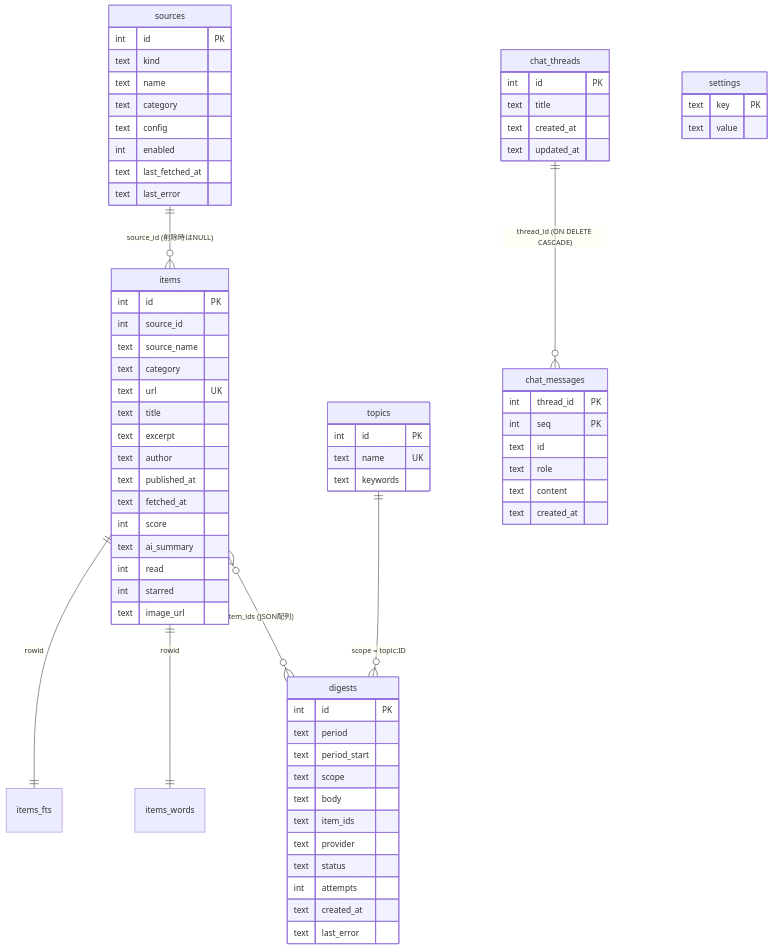
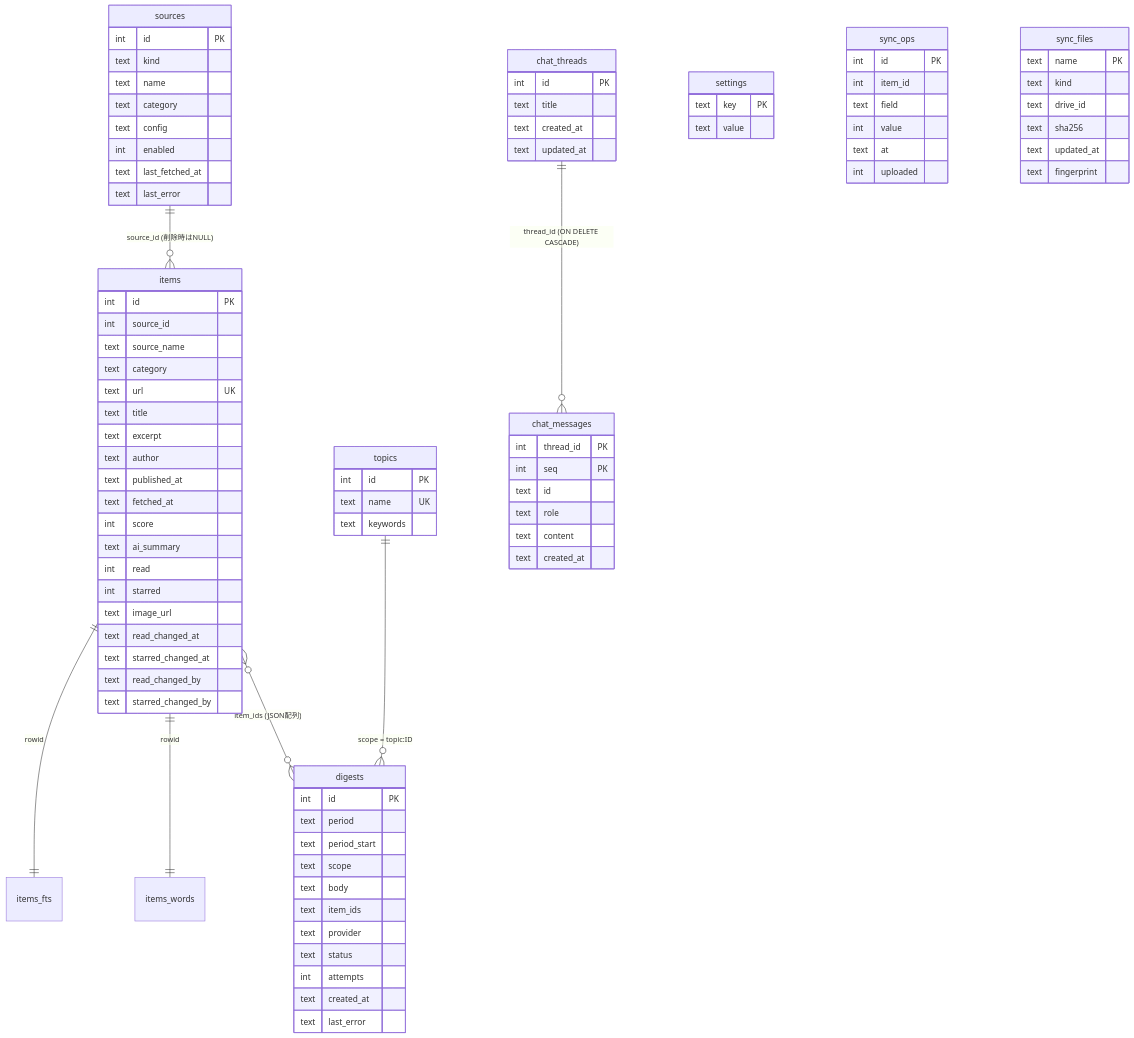
One commit to kousuke-takeuchi/InfoDesk changed the first of 2 diagrams in docs/internal/data-model.md. Above: the diagram before and after it, drawn with Mermaid. The commit also changed other lines of this file and 15 other files, not shown here.

```diff
--- a/docs/internal/data-model.md
+++ b/docs/internal/data-model.md
@@ -53,6 +53,10 @@
         int read
         int starred
         text image_url
+        text read_changed_at
+        text starred_changed_at
+        text read_changed_by
+        text starred_changed_by
     }
     topics {
         int id PK
@@ -76,6 +80,22 @@
         text key PK
         text value
     }
+    sync_ops {
+        int id PK
+        int item_id
+        text field
+        int value
+        text at
+        int uploaded
+    }
+    sync_files {
+        text name PK
+        text kind
+        text drive_id
+        text sha256
+        text updated_at
+        text fingerprint
+    }
     chat_threads {
         int id PK
         text title
```
